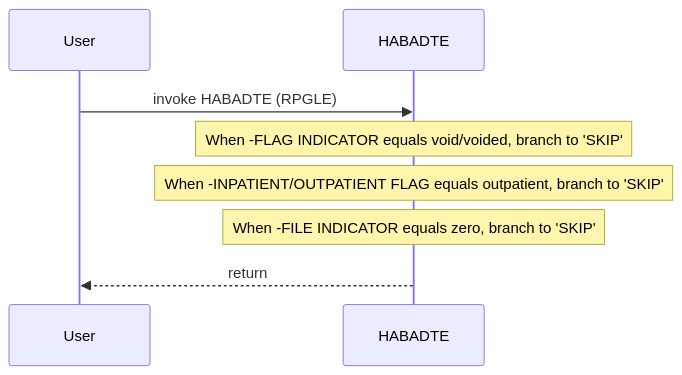
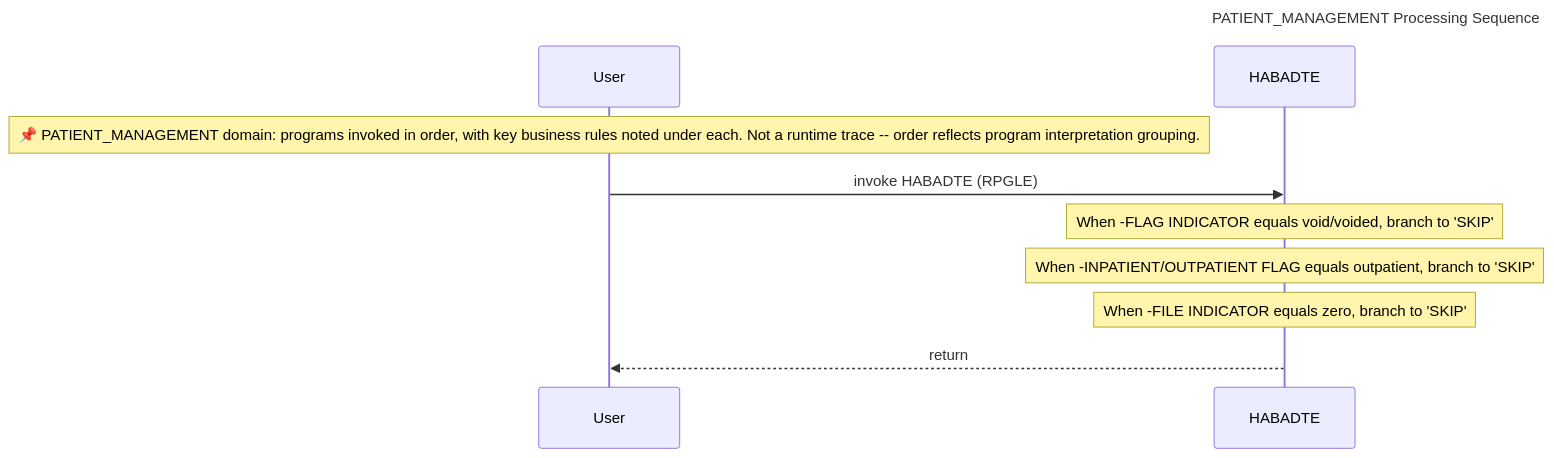
One commit to gauravgarg284/AS400-ReverseEngineering changed the diagram in runs/202607021244/docs/diagrams/SEQUENCE_PATIENT_MANAGEMENT.mmd. Above: the diagram before and after it, drawn with Mermaid. The commit also changed 26 other files, not shown here.

First line of the commit message:
Add titles, descriptions, and legends to all diagrams

```diff
--- a/runs/202607021244/docs/diagrams/SEQUENCE_PATIENT_MANAGEMENT.mmd
+++ b/runs/202607021244/docs/diagrams/SEQUENCE_PATIENT_MANAGEMENT.mmd
@@ -1,10 +1,16 @@
+---
+title: PATIENT_MANAGEMENT Processing Sequence
+---
 %%{init: {"sequence": {"actorMargin": 80, "messageMargin": 35}}}%%
 %% PATIENT_MANAGEMENT Processing Sequence
+%% Program invocation order for this domain, generated from Agent-2
+%% semantic interpretations. Notes list key extracted business rules.
 sequenceDiagram
     participant User
+    Note over User: 📌 PATIENT_MANAGEMENT domain: programs invoked in order, with key business rules noted under each. Not a runtime trace -- order reflects program interpretation grouping.
     participant HABADTE
     User->>HABADTE: invoke HABADTE (RPGLE)
     Note over HABADTE: When -FLAG INDICATOR equals void/voided, branch to 'SKIP'
     Note over HABADTE: When -INPATIENT/OUTPATIENT FLAG equals outpatient, branch to 'SKIP'
     Note over HABADTE: When -FILE INDICATOR equals zero, branch to 'SKIP'
     HABADTE-->>User: return
```
